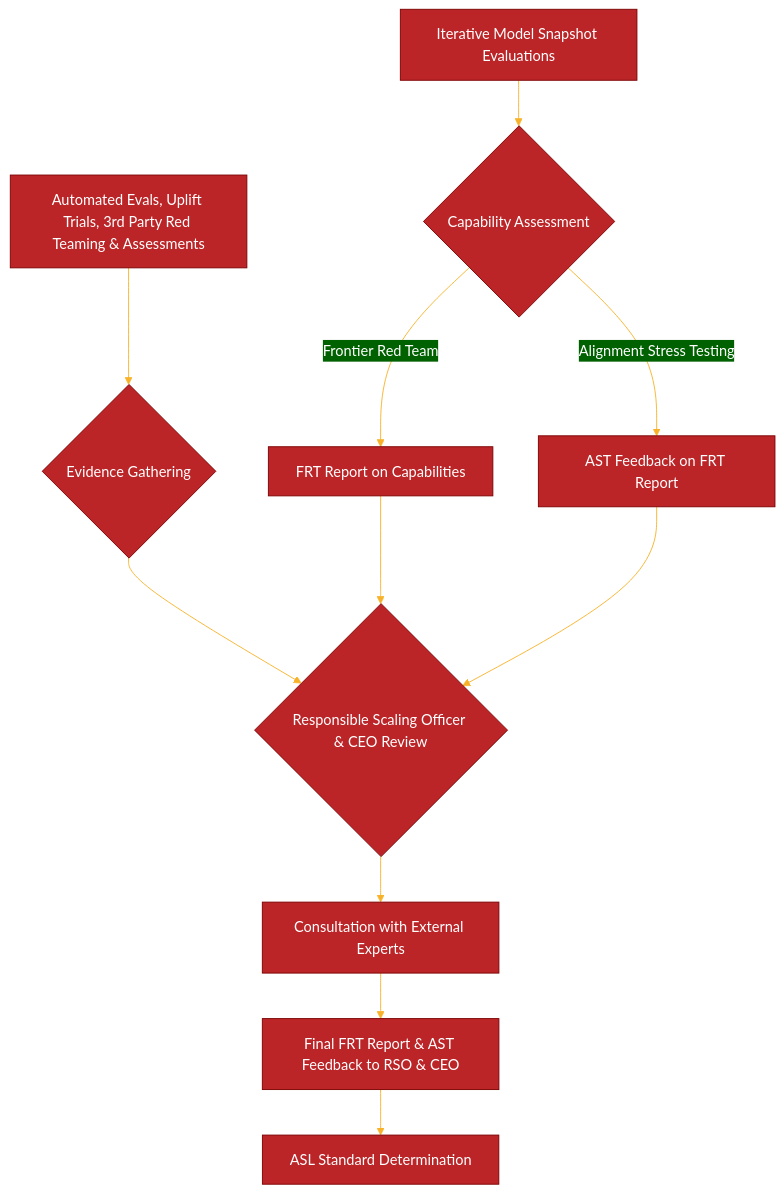
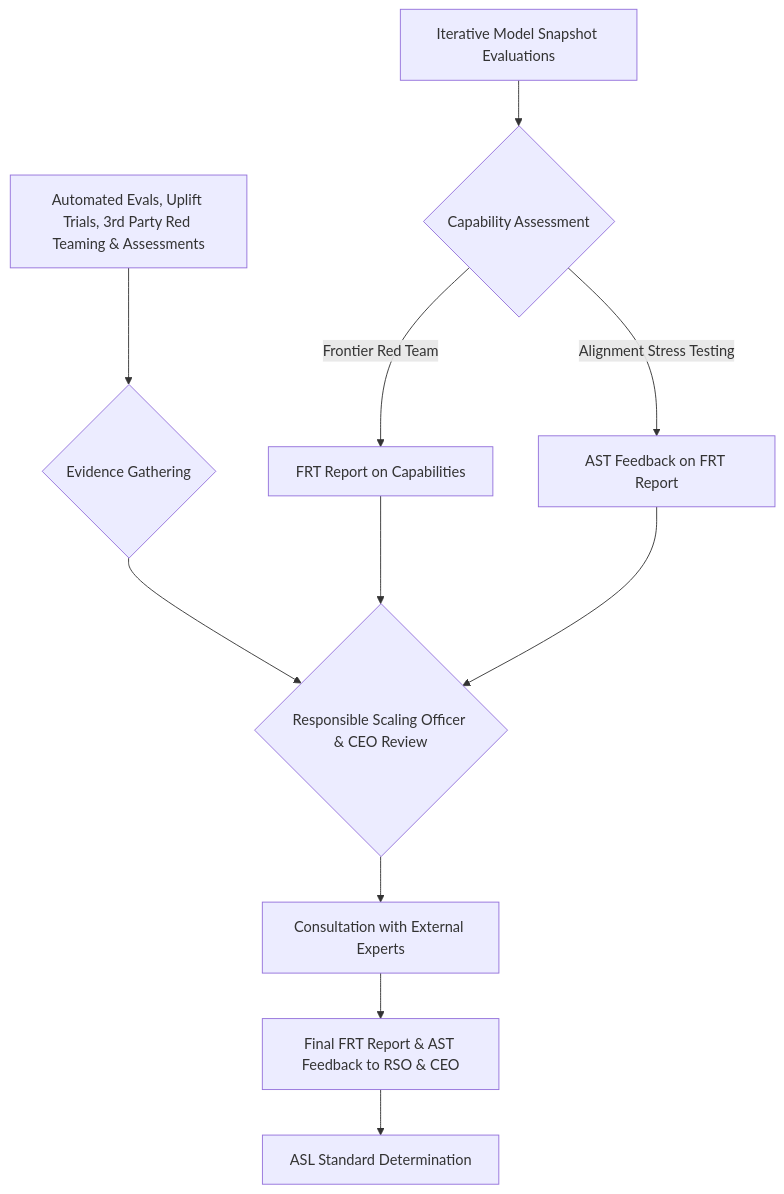
One commit to caretak3r/caretak3r.github.io changed the diagram in content/posts/claude4-red-teaming-llms.md. Above: the diagram before and after it, drawn with Mermaid. The commit also changed 55 other files, not shown here.

````diff
--- a/content/posts/claude4-red-teaming-llms.md
+++ b/content/posts/claude4-red-teaming-llms.md
@@ -31,14 +31,13 @@
 ```mermaid
-%%{init: {'theme': 'base', 'themeVariables': { 'primaryColor': '#BB2528', 'primaryTextColor': '#fff', 'primaryBorderColor': '#7C0000', 'lineColor': '#F8B229', 'secondaryColor': '#006100'}}}%%
 graph TD
     A[Iterative Model Snapshot Evaluations] --> B{Capability Assessment};
     B -- Frontier Red Team --> C[FRT Report on Capabilities];
     B -- Alignment Stress Testing --> D[AST Feedback on FRT Report];
     E[Automated Evals, Uplift Trials, 3rd Party Red Teaming & Assessments] --> F{Evidence Gathering};
     F --> G{Responsible Scaling Officer & CEO Review};
     C --> G;
     D --> G;
     G --> H[Consultation with External Experts];
     H --> I[Final FRT Report & AST Feedback to RSO & CEO];
     I --> J[ASL Standard Determination];
 ```
````
